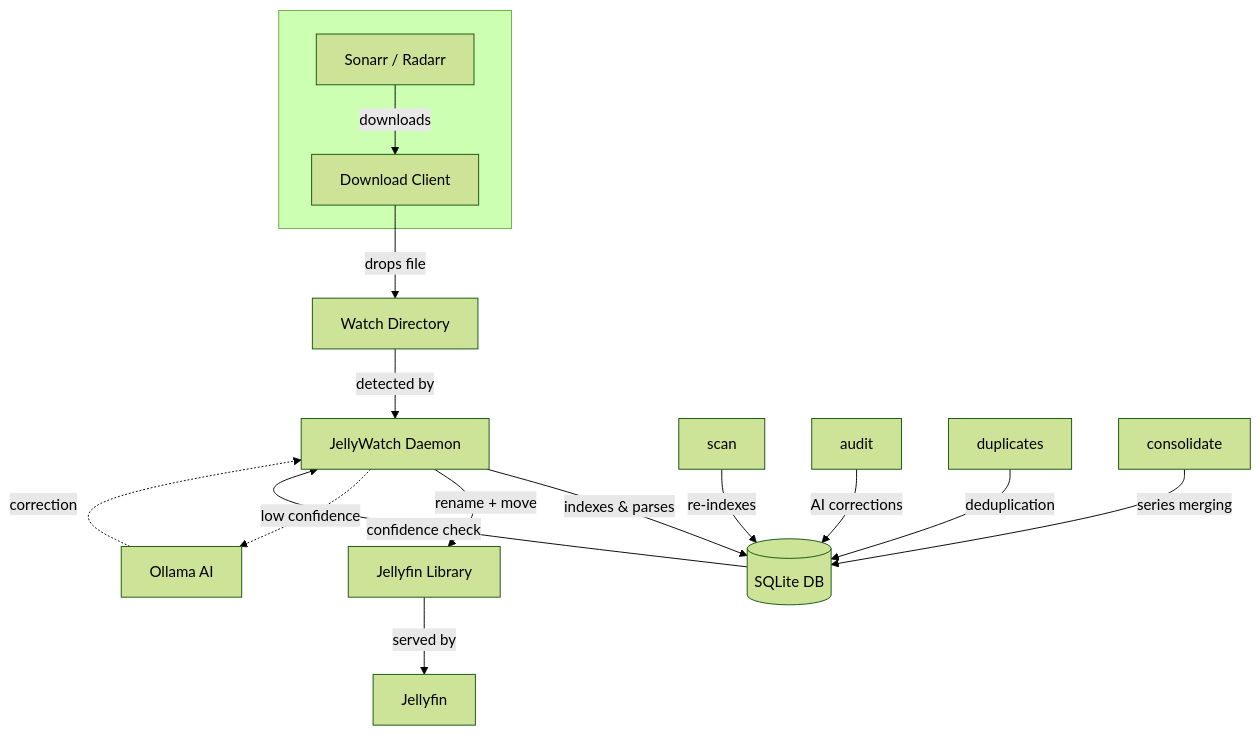
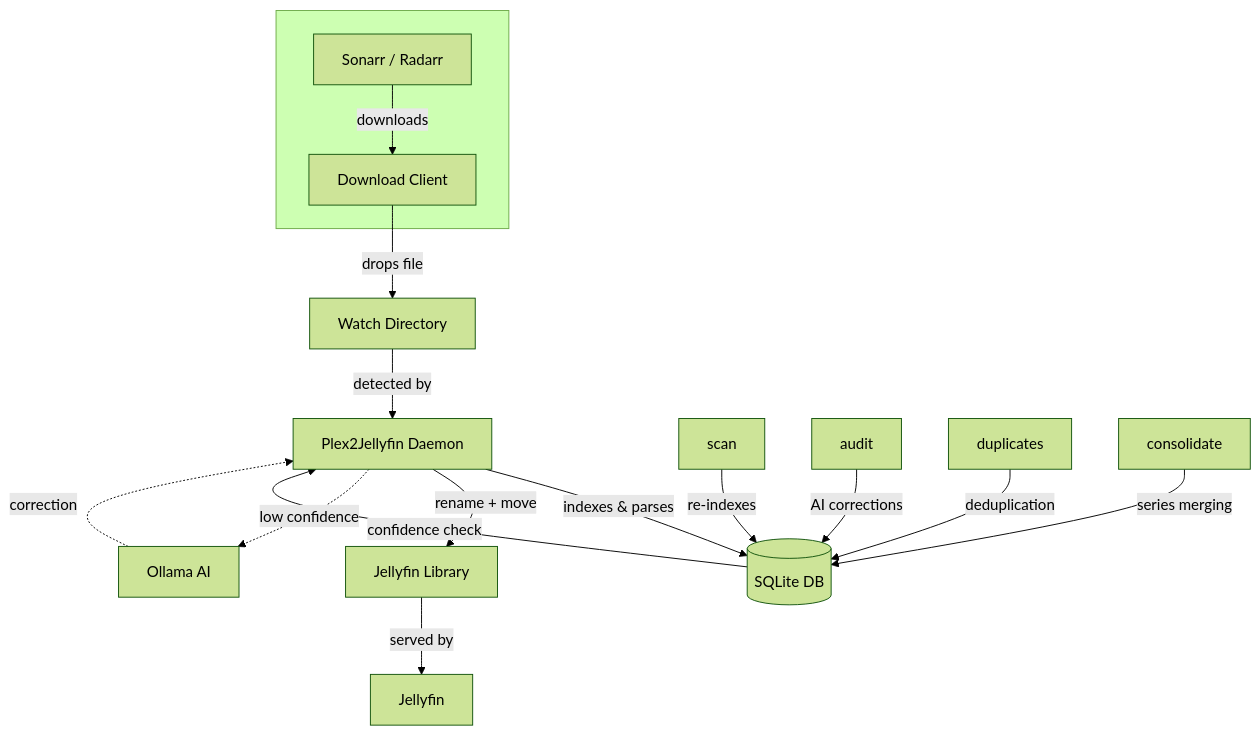
Before and after one commit to Nomadcxx/plex2jellyfin: the diagram in docs/2026-02-22-repo-cleanup-pr-review-readme.md, drawn with Mermaid (forest theme). The commit also changed other lines of this file and 427 other files, not shown here.

First line of the commit message:
rebrand: JellyWatch -> Plex2Jellyfin (mechanical rename)

````diff
--- a/docs/2026-02-22-repo-cleanup-pr-review-readme.md
+++ b/docs/2026-02-22-repo-cleanup-pr-review-readme.md
@@ -355,23 +355,23 @@
 ```mermaid
 flowchart TB
     subgraph Input[" "]
         A[Sonarr / Radarr] -->|downloads| B[Download Client]
     end
 
     B -->|drops file| C[Watch Directory]
-    C -->|detected by| D[JellyWatch Daemon]
+    C -->|detected by| D[Plex2Jellyfin Daemon]
 
     D -->|indexes & parses| DB[(SQLite DB)]
     DB -->|confidence check| D
 
     D -->|rename + move| E[Jellyfin Library]
     E -->|served by| F[Jellyfin]
 
     D -.->|low confidence| G[Ollama AI]
     G -.->|correction| D
 
     H[scan] -->|re-indexes| DB
     I[audit] -->|AI corrections| DB
     J[duplicates] -->|deduplication| DB
     K[consolidate] -->|series merging| DB
 ```
````
